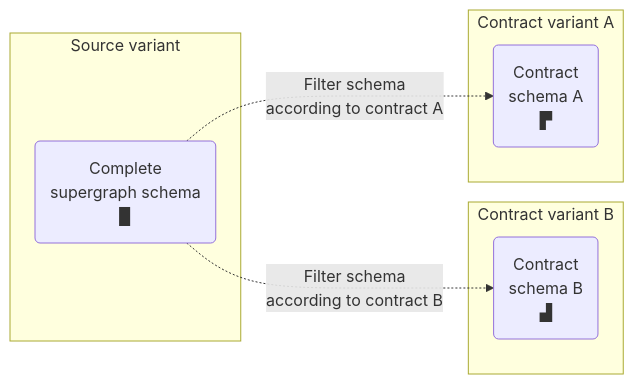
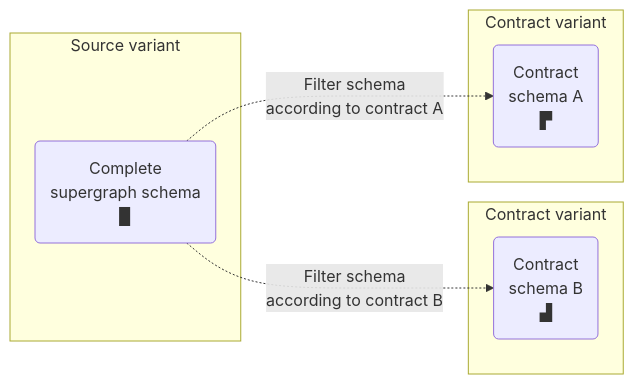
One commit to apollographql/docs changed the second of 3 diagrams in src/content/graphos/delivery/contracts.mdx. Above: the diagram before and after it, drawn with Mermaid. The commit also changed other lines of this file and 2 other files, not shown here.

````diff
--- a/src/content/graphos/delivery/contracts.mdx
+++ b/src/content/graphos/delivery/contracts.mdx
@@ -41,14 +41,14 @@
 ```mermaid
 graph LR;
   subgraph "Source variant";
   api("Complete<br/>supergraph schema<br/>▉");
   end
-  subgraph "Contract variant B"
+  subgraph "Contract variant"
   contractB("Contract <br/>schema B<br/>▟")
   end
-  subgraph "Contract variant A"
+  subgraph "Contract variant"
   contractA("Contract <br/>schema A<br/>▛");
   end
   api -."Filter schema<br/>according to contract A".->contractA
   api -."Filter schema<br/>according to contract B".->contractB
 ```
````
